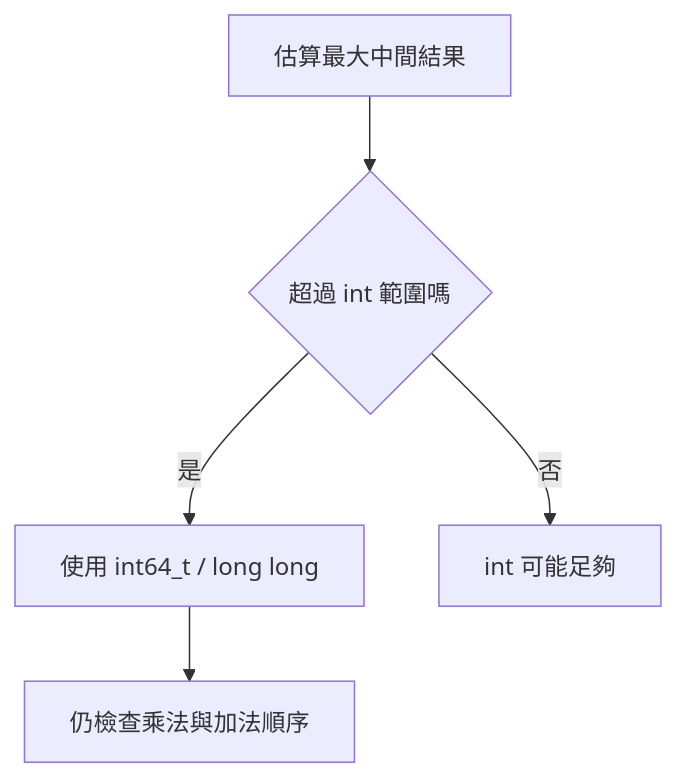
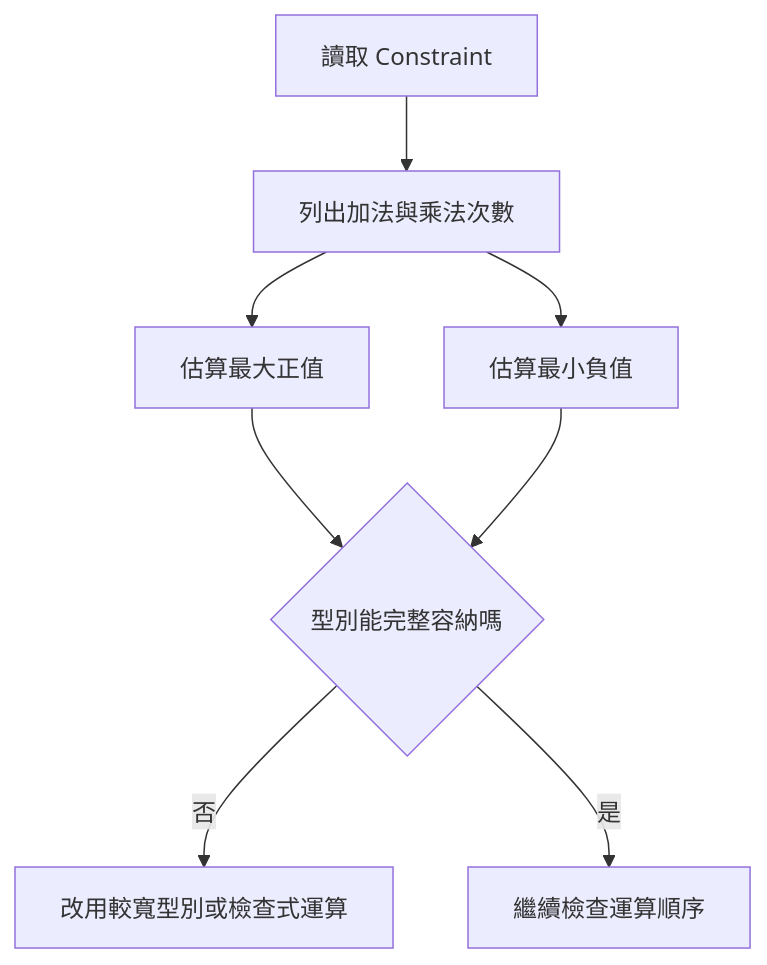
Before and after one commit to davidchen0970/algorithm_note: the second of 4 diagrams in 15_appendices/C_numeric_boundary_issues.md, drawn with Mermaid. The commit also changed other lines of this file and 2 other files, not shown here.

````diff
--- a/15_appendices/C_numeric_boundary_issues.md
+++ b/15_appendices/C_numeric_boundary_issues.md
@@ -26,7 +94,10 @@
 ```mermaid
 flowchart TD
-    A[估算最大中間結果] --> B{超過 int 範圍嗎}
-    B -->|是| C[使用 int64_t / long long]
-    B -->|否| D[int 可能足夠]
-    C --> E[仍檢查乘法與加法順序]
+    A[讀取 Constraint] --> B[列出加法與乘法次數]
+    B --> C[估算最大正值]
+    B --> D[估算最小負值]
+    C --> E{型別能完整容納嗎}
+    D --> E
+    E -->|否| F[改用較寬型別或檢查式運算]
+    E -->|是| G[繼續檢查運算順序]
 ```
````
